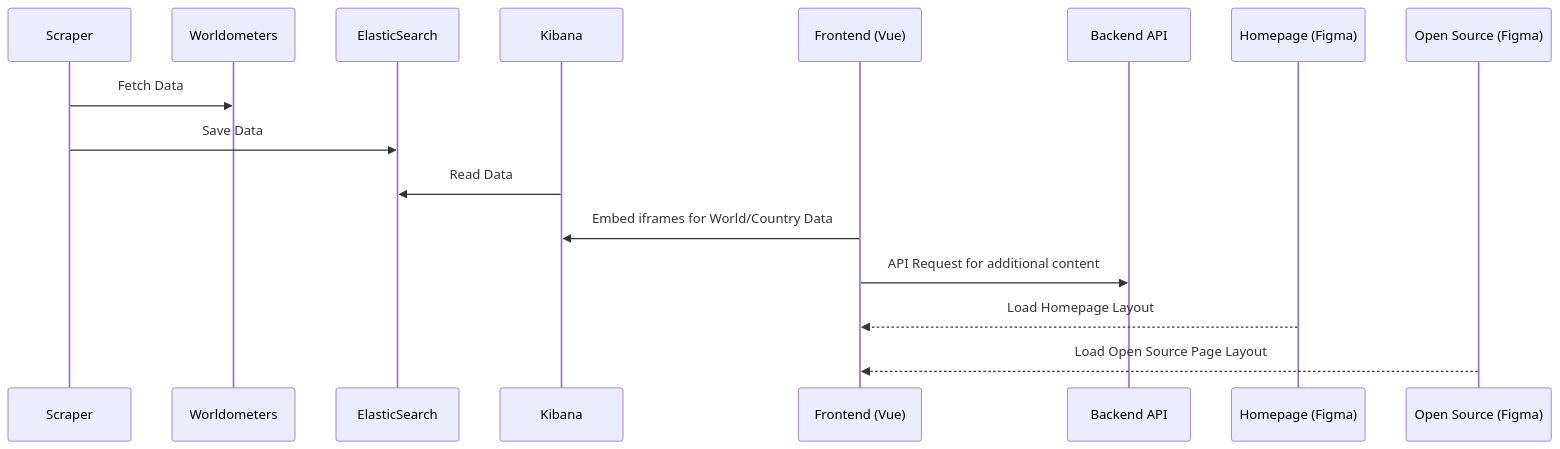
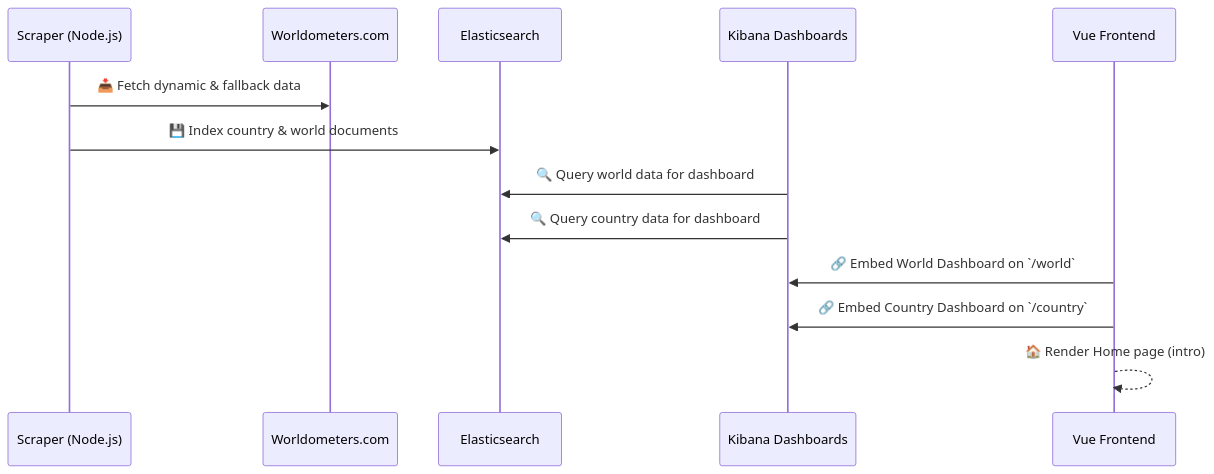
Before and after one commit to fehu-zone/population-data-app: the diagram in README.md, drawn with Mermaid.

````diff
--- a/README.md
+++ b/README.md
@@ -53,20 +53,20 @@
 ```mermaid
 sequenceDiagram
-    participant S as Scraper
-    participant W as Worldometers
-    participant ES as ElasticSearch
-    participant K as Kibana
-    participant FE as Frontend (Vue)
-    participant BE as Backend API
-    participant H as Homepage (Figma)
-    participant OS as Open Source (Figma)
-    
-    S->>W: Fetch Data
-    S->>ES: Save Data
-    K->>ES: Read Data
-    FE->>K: Embed iframes for World/Country Data
-    FE->>BE: API Request for additional content
-    H-->>FE: Load Homepage Layout
-    OS-->>FE: Load Open Source Page Layout
+    participant Scraper as  Scraper (Node.js)
+    participant Worldometers as  Worldometers.com
+    participant ES as  Elasticsearch
+    participant Kibana as  Kibana Dashboards
+    participant Frontend as  Vue Frontend
+
+    Scraper->>Worldometers: 📥 Fetch dynamic & fallback data
+    Scraper->>ES: 💾 Index country & world documents
+
+    Kibana->>ES: 🔍 Query world data for dashboard
+    Kibana->>ES: 🔍 Query country data for dashboard
+
+    Frontend->>Kibana: 🔗 Embed World Dashboard on `/world`
+    Frontend->>Kibana: 🔗 Embed Country Dashboard on `/country`
+    Frontend-->>Frontend: 🏠 Render Home page (intro)
+
 
 ```
````
